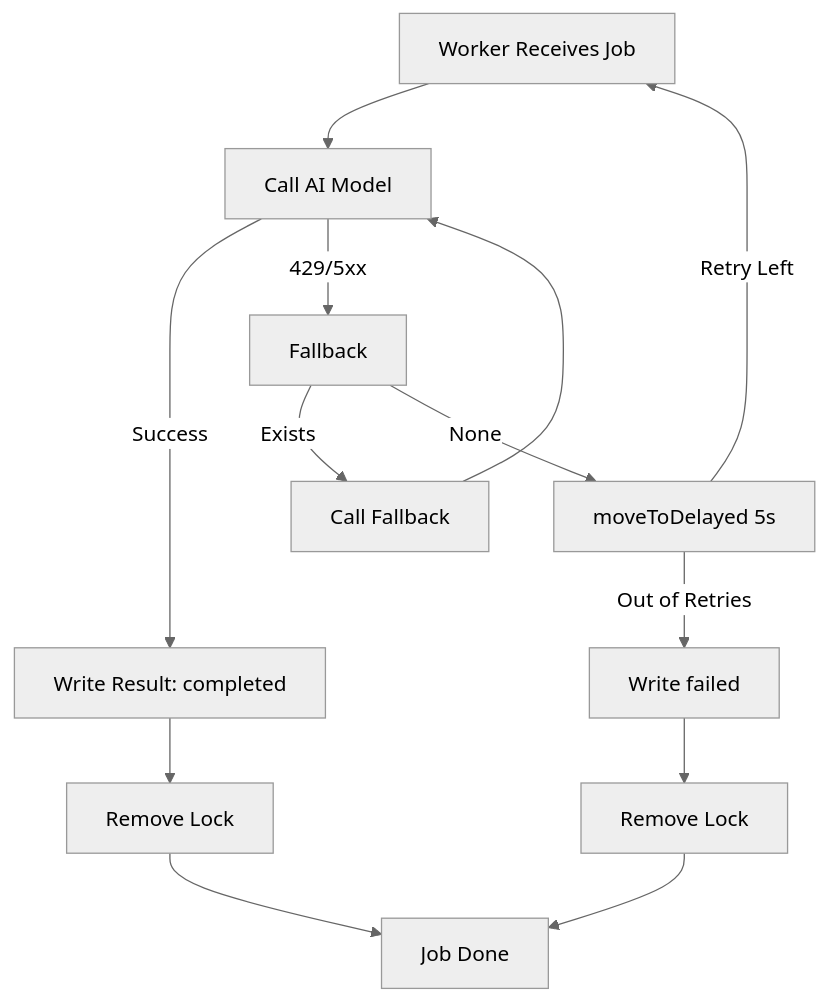
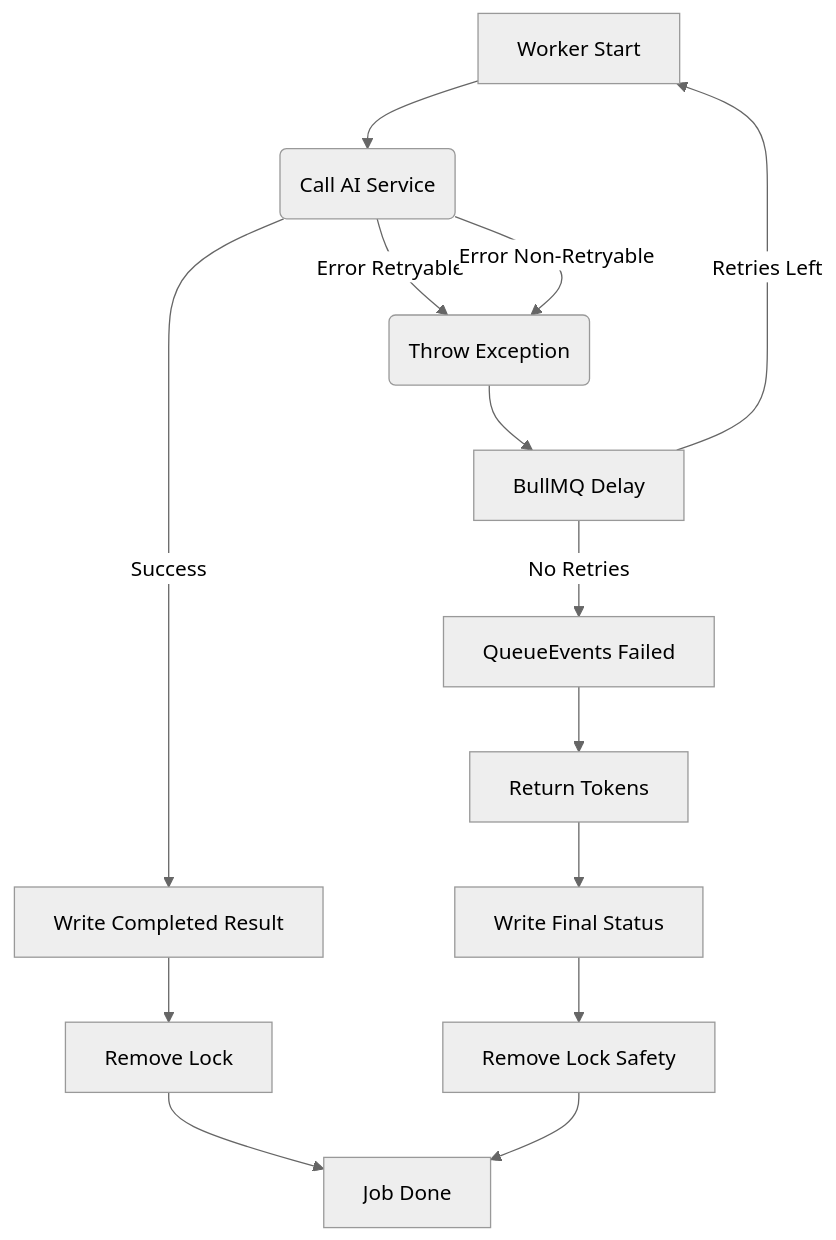
One commit to DmitriyMuliak/z1mak-cv-queue changed the third of 3 diagrams in Architecture.md. Above: the diagram before and after it, drawn with Mermaid (neutral theme). The commit also changed other lines of this file and 9 other files, not shown here.

````diff
--- a/Architecture.md
+++ b/Architecture.md
@@ -229,21 +100,21 @@
 ```mermaid
 flowchart TD
 
-    A[Worker Receives Job] --> B[Call AI Model]
+    A[Worker Start] --> B(Call AI Service)
 
-    B -->|Success| C[Write Result: completed]
+    B -->|Success| C[Write Completed Result]
     C --> D[Remove Lock]
-    D --> Done[Job Done]
+    D --> E_end[Job Done]
 
-    B -->|429/5xx| F[Fallback]
+    B -->|Error Retryable| F(Throw Exception)
+    F --> G[BullMQ Delay]
+    G -->|Retries Left| A
+    G -->|No Retries| H[QueueEvents Failed]
 
-    F -->|Exists| B2[Call Fallback]
-    B2 --> B
-
-    F -->|None| G[moveToDelayed 5s]
-
-    G -->|Retry Left| A
-    G -->|Out of Retries| H[Write failed]
-    H --> I[Remove Lock]
-    I --> Done
+    H --> I[Return Tokens]
+    I --> J[Write Final Status]
+    J --> K[Remove Lock Safety]
+    K --> E_end
+    
+    B -->|Error Non-Retryable| F
 ```
````
